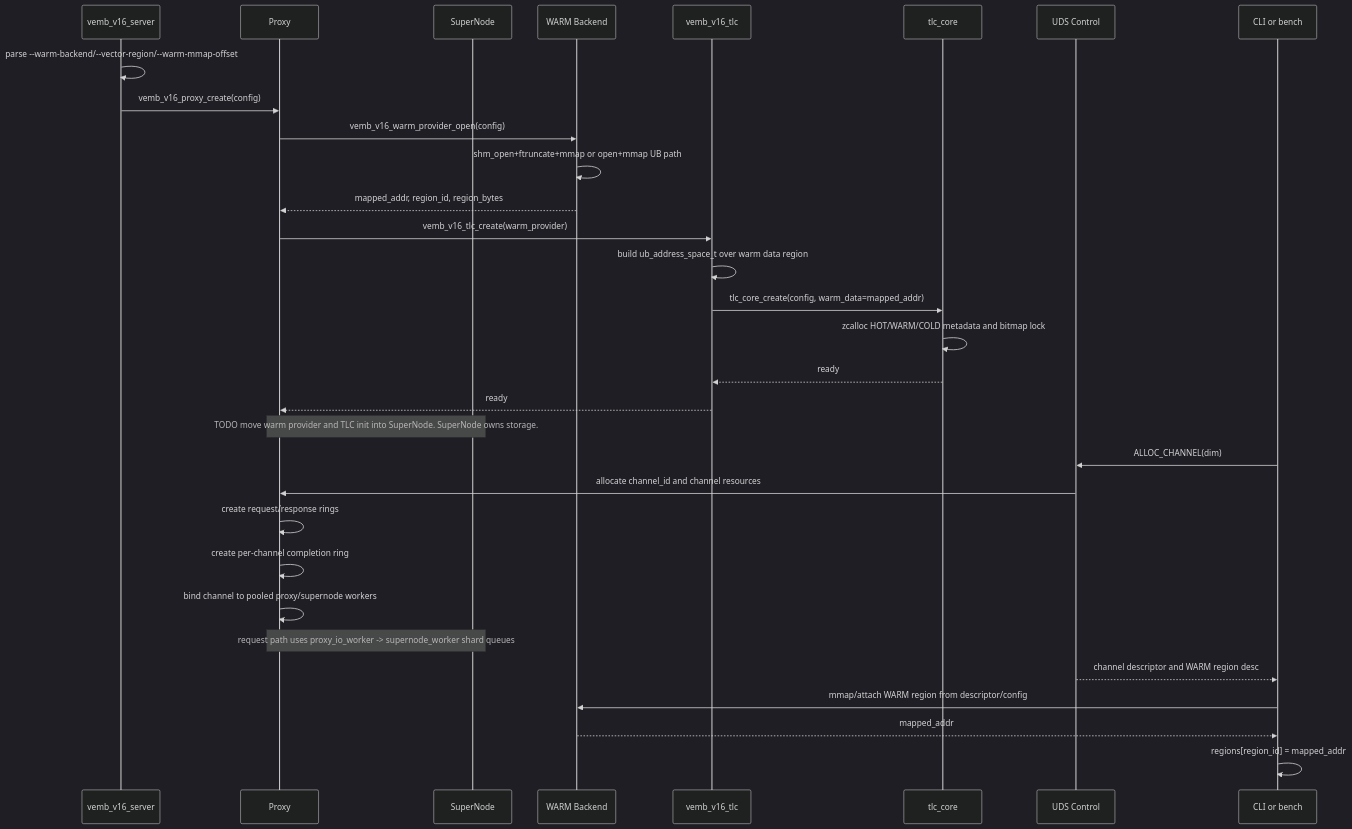
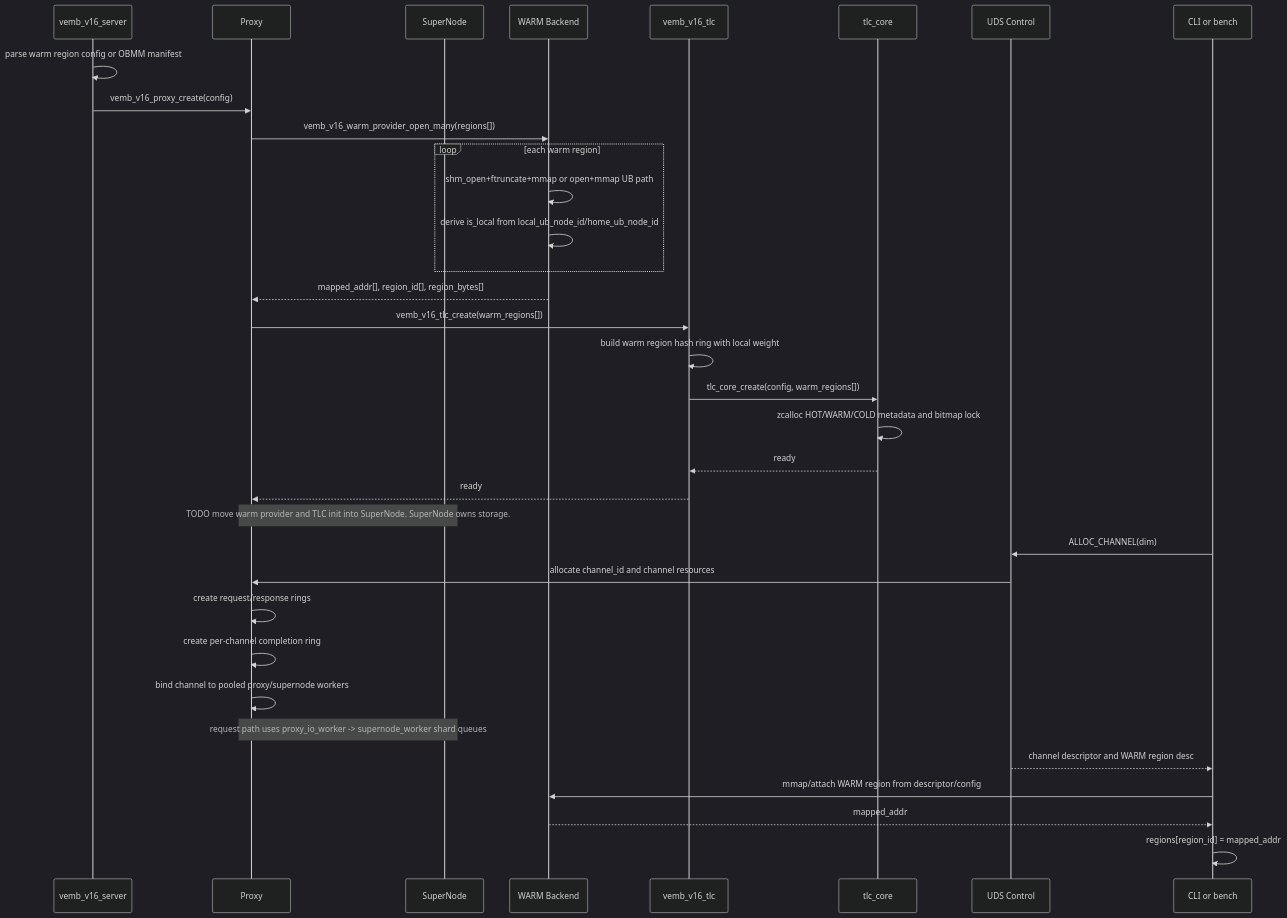
One commit to jialiuyu/redis changed the second of 6 diagrams in docs/VEMB_V16_TLC_UB_SHARED_DATA_MODEL.md. Above: the diagram before and after it, drawn with Mermaid (dark theme). The commit also changed other lines of this file and 22 other files, not shown here.

Commit message:
feat: add multi-ub-regions warm manifest support

````diff
--- a/docs/VEMB_V16_TLC_UB_SHARED_DATA_MODEL.md
+++ b/docs/VEMB_V16_TLC_UB_SHARED_DATA_MODEL.md
@@ -302,35 +409,38 @@
 ```mermaid
 sequenceDiagram
     participant S as vemb_v16_server
     participant P as Proxy
     participant SN as SuperNode
     participant W as WARM Backend
     participant TLC as vemb_v16_tlc
     participant CORE as tlc_core
     participant CTRL as UDS Control
     participant CLI as CLI or bench
 
-    S->>S: parse --warm-backend/--vector-region/--warm-mmap-offset
+    S->>S: parse warm region config or OBMM manifest
     S->>P: vemb_v16_proxy_create(config)
-    P->>W: vemb_v16_warm_provider_open(config)
-    W->>W: shm_open+ftruncate+mmap or open+mmap UB path
-    W-->>P: mapped_addr, region_id, region_bytes
-    P->>TLC: vemb_v16_tlc_create(warm_provider)
-    TLC->>TLC: build ub_address_space_t over warm data region
-    TLC->>CORE: tlc_core_create(config, warm_data=mapped_addr)
+    P->>W: vemb_v16_warm_provider_open_many(regions[])
+    loop each warm region
+        W->>W: shm_open+ftruncate+mmap or open+mmap UB path
+        W->>W: derive is_local from local_ub_node_id/home_ub_node_id
+    end
+    W-->>P: mapped_addr[], region_id[], region_bytes[]
+    P->>TLC: vemb_v16_tlc_create(warm_regions[])
+    TLC->>TLC: build warm region hash ring with local weight
+    TLC->>CORE: tlc_core_create(config, warm_regions[])
     CORE->>CORE: zcalloc HOT/WARM/COLD metadata and bitmap lock
     CORE-->>TLC: ready
     TLC-->>P: ready
     Note over P,SN: TODO move warm provider and TLC init into SuperNode. SuperNode owns storage.
 
     CLI->>CTRL: ALLOC_CHANNEL(dim)
     CTRL->>P: allocate channel_id and channel resources
     P->>P: create request/response rings
     P->>P: create per-channel completion ring
     P->>P: bind channel to pooled proxy/supernode workers
     Note over P,SN: request path uses proxy_io_worker -> supernode_worker shard queues
     CTRL-->>CLI: channel descriptor and WARM region desc
     CLI->>W: mmap/attach WARM region from descriptor/config
     W-->>CLI: mapped_addr
     CLI->>CLI: regions[region_id] = mapped_addr
 ```
````
